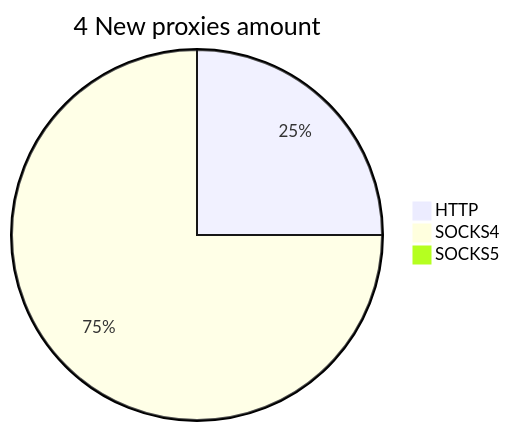
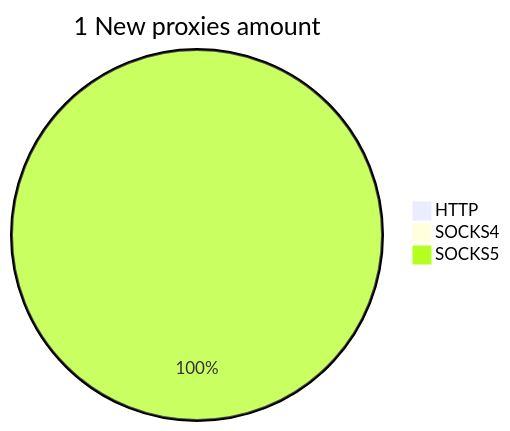
Before and after one commit to cutipu/proxylist: the second of 2 diagrams in README.md, drawn with Mermaid. The commit also changed other lines of this file, not shown here.

````diff
--- a/README.md
+++ b/README.md
@@ -10,6 +10,6 @@
 ```mermaid
-pie title 4 New proxies amount
-    "HTTP" : 1
-    "SOCKS4" : 3
-    "SOCKS5" : 0
+pie title 1 New proxies amount
+    "HTTP" : 0
+    "SOCKS4" : 0
+    "SOCKS5" : 1
 ```
````
